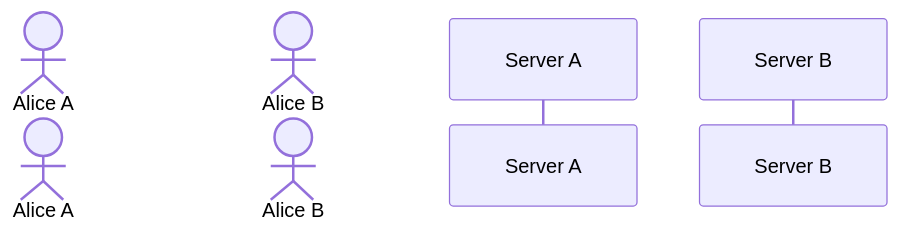
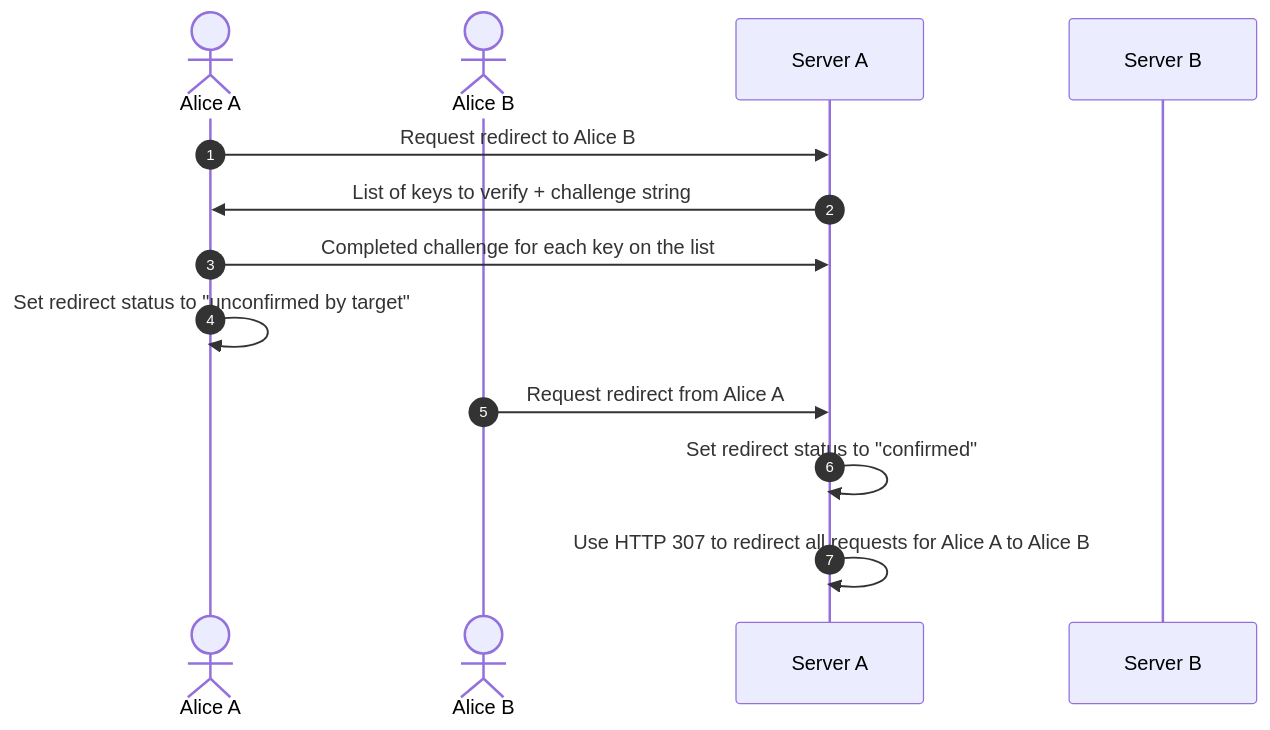
The fifth of 8 diagrams in docs/Protocol Specifications/core.md (polyphony-chat/docs), drawn with Mermaid before and after one commit. The commit also changed other lines of this file, not shown here.

Commit message:
fix a diagram

````diff
--- a/docs/Protocol Specifications/core.md
+++ b/docs/Protocol Specifications/core.md
@@ -828,9 +827,17 @@
 ```mermaid
 sequenceDiagram
 autonumber
 
 actor aa as Alice A
 actor ab as Alice B
 participant sa as Server A
 participant sb as Server B
+
+aa->>sa: Request redirect to Alice B
+sa->>aa: List of keys to verify + challenge string
+aa->>sa: Completed challenge for each key on the list
+aa->>aa: Set redirect status to "unconfirmed by target"
+ab->>sa: Request redirect from Alice A
+sa->>sa: Set redirect status to "confirmed"
+sa->>sa: Use HTTP 307 to redirect all requests for Alice A to Alice B
 ```
````
